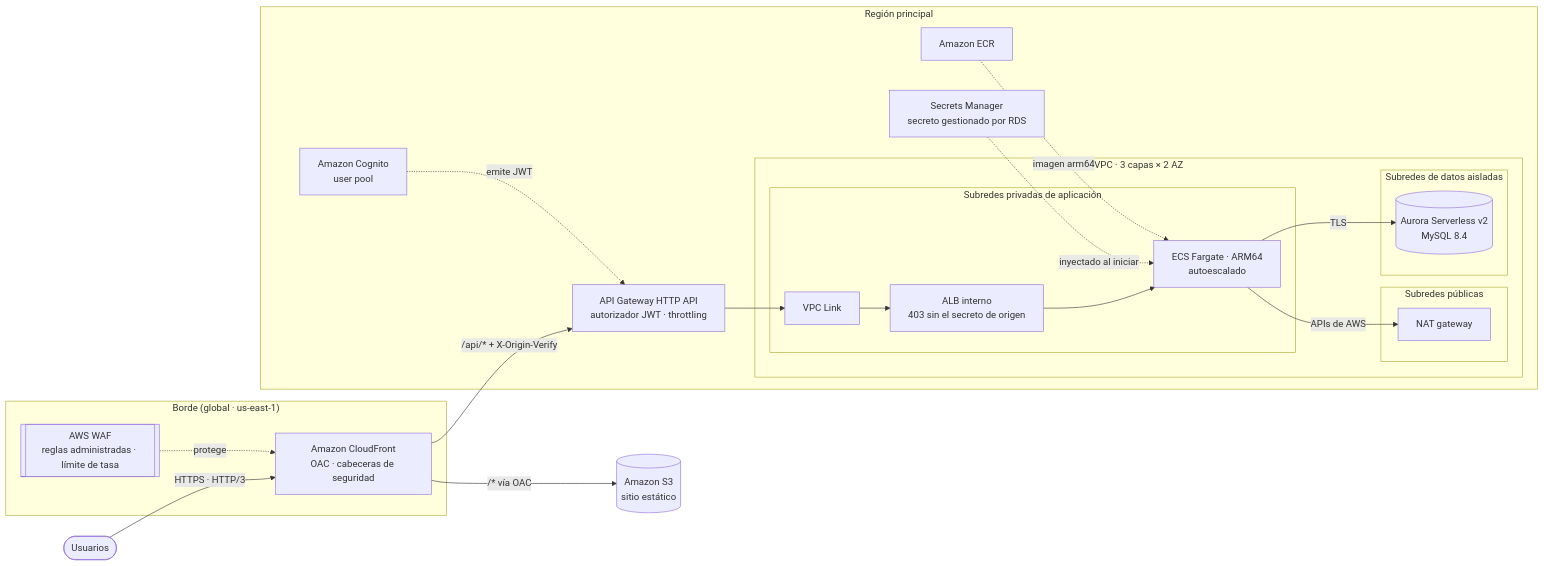
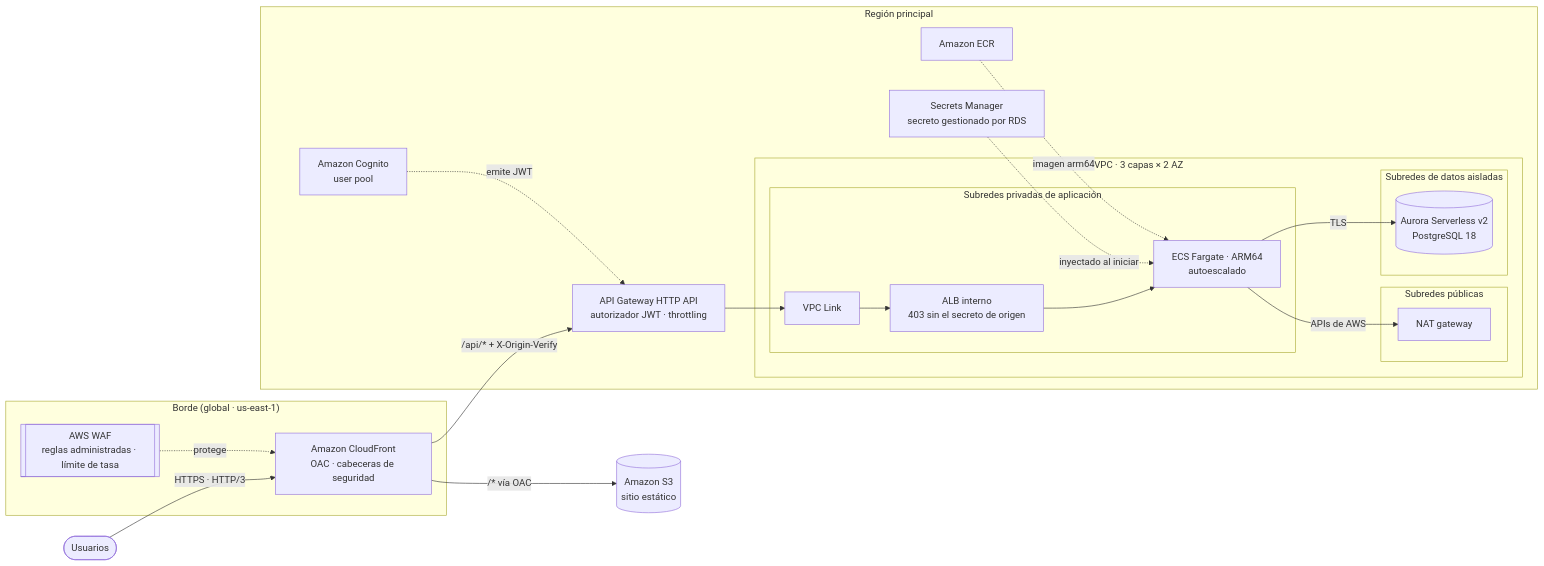
The first of 3 diagrams in README.es.md (vfernandezg-dev/aws-reservations-platform), drawn with Mermaid before and after one commit. The commit also changed other lines of this file and 34 other files, not shown here.

First line of the commit message:
feat(db): move to Aurora PostgreSQL 18

````diff
--- a/README.es.md
+++ b/README.es.md
@@ -46,38 +46,38 @@
 ```mermaid
 flowchart LR
   user([Usuarios]) -->|HTTPS · HTTP/3| cf
 
   subgraph edge["Borde (global · us-east-1)"]
     waf[[AWS WAF<br/>reglas administradas · límite de tasa]]
     cf[Amazon CloudFront<br/>OAC · cabeceras de seguridad]
     waf -. protege .-> cf
   end
 
   cf -->|"/* vía OAC"| s3[(Amazon S3<br/>sitio estático)]
   cf -->|"/api/* + X-Origin-Verify"| apigw
 
   subgraph region["Región principal"]
     cognito[Amazon Cognito<br/>user pool]
     apigw[API Gateway HTTP API<br/>autorizador JWT · throttling]
     cognito -. emite JWT .-> apigw
 
     subgraph vpc["VPC · 3 capas × 2 AZ"]
       subgraph pub["Subredes públicas"]
         nat[NAT gateway]
       end
       subgraph app["Subredes privadas de aplicación"]
         link[VPC Link]
         alb[ALB interno<br/>403 sin el secreto de origen]
         ecs[ECS Fargate · ARM64<br/>autoescalado]
       end
       subgraph data["Subredes de datos aisladas"]
-        aurora[(Aurora Serverless v2<br/>MySQL 8.4)]
+        aurora[(Aurora Serverless v2<br/>PostgreSQL 18)]
       end
     end
 
     apigw --> link --> alb --> ecs -->|TLS| aurora
     ecs -->|APIs de AWS| nat
     sm[Secrets Manager<br/>secreto gestionado por RDS] -. inyectado al iniciar .-> ecs
     ecr[Amazon ECR] -. imagen arm64 .-> ecs
   end
 ```
````
